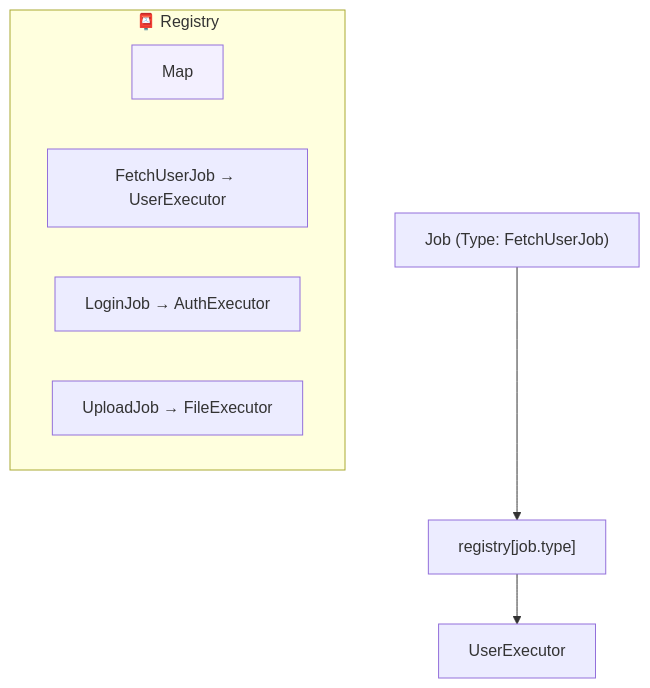
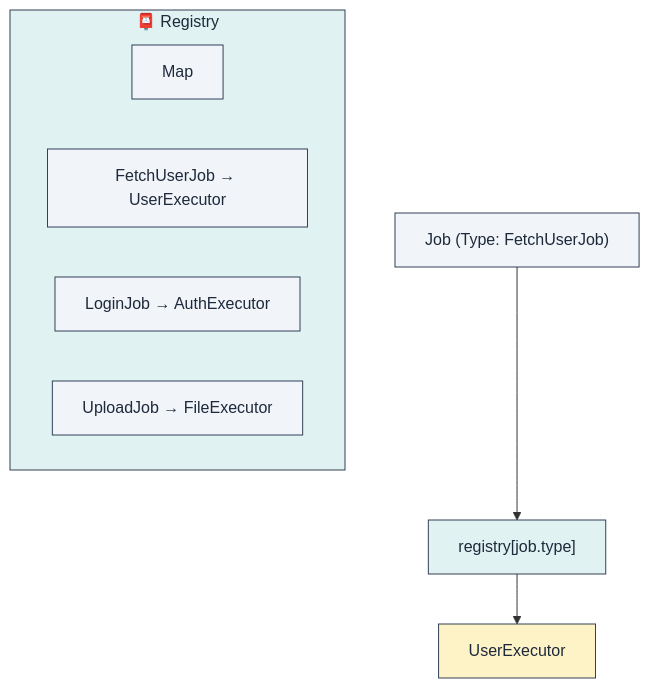
The eighth of 11 diagrams in book/chapters/04_integration.md (lploc94/flutter_orchestrator), drawn with Mermaid before and after one commit. The commit also changed other lines of this file and 3 other files, not shown here.

````diff
--- a/book/chapters/04_integration.md
+++ b/book/chapters/04_integration.md
@@ -209,15 +234,22 @@
 ```mermaid
 graph TB
     subgraph Registry["📮 Registry"]
         Map["Map<Type, Executor>"]
         
         E1["FetchUserJob → UserExecutor"]
         E2["LoginJob → AuthExecutor"]
         E3["UploadJob → FileExecutor"]
     end
     
     Job["Job (Type: FetchUserJob)"] --> Lookup["registry[job.type]"]
     Lookup --> Match["UserExecutor"]
     
-    style Map fill:#f3f0ff
+    style Registry fill:#e0f2f1,stroke:#334155,color:#1e293b
+    style Map fill:#f1f5f9,stroke:#334155,color:#1e293b
+    style E1 fill:#f1f5f9,stroke:#334155,color:#1e293b
+    style E2 fill:#f1f5f9,stroke:#334155,color:#1e293b
+    style E3 fill:#f1f5f9,stroke:#334155,color:#1e293b
+    style Job fill:#f1f5f9,stroke:#334155,color:#1e293b
+    style Lookup fill:#e0f2f1,stroke:#334155,color:#1e293b
+    style Match fill:#fef3c7,stroke:#334155,color:#1e293b
 ```
````
